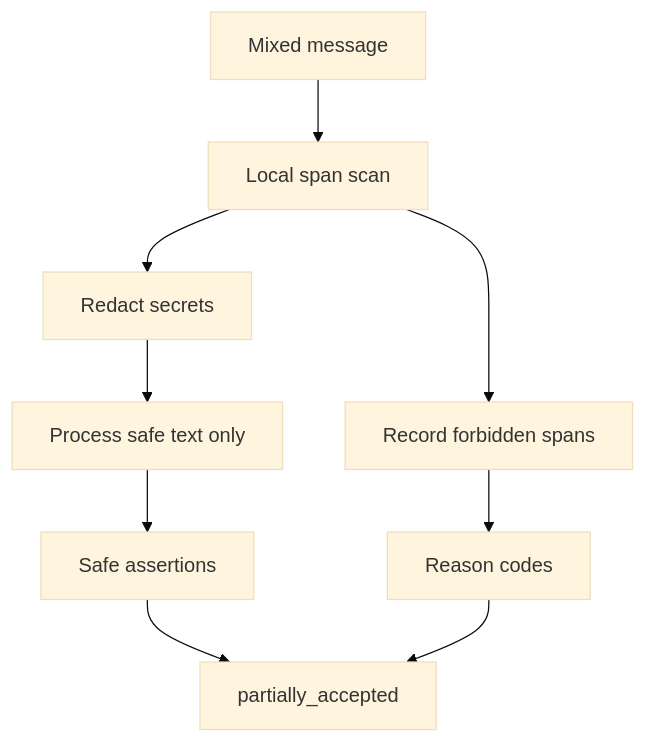
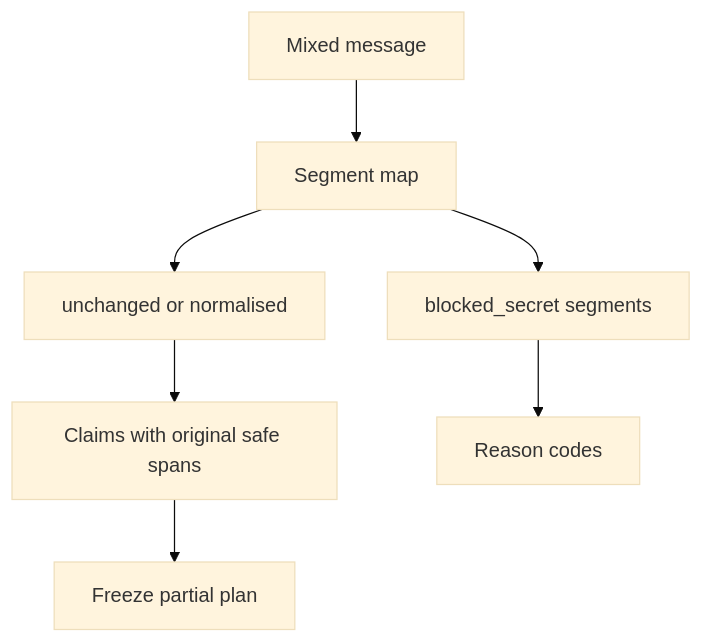
One commit to NicolVii/ContextVault changed the fifth of 12 diagrams in docs/memory-system/10-memory-processing-design.md. Above: the diagram before and after it, drawn with Mermaid (base theme). The commit also changed other lines of this file, not shown here.

First line of the commit message:
docs: correct Stage 10 processing freeze and authority contracts

````diff
--- a/docs/memory-system/10-memory-processing-design.md
+++ b/docs/memory-system/10-memory-processing-design.md
@@ -1582,11 +1211,9 @@
 ```mermaid
 flowchart TD
-  M[Mixed message] --> Scan[Local span scan]
-  Scan --> Red[Redact secrets]
-  Scan --> Block[Record forbidden spans]
-  Red --> Proc[Process safe text only]
-  Proc --> Safe[Safe assertions]
+  M[Mixed message] --> Map[Segment map]
+  Map --> Block[blocked_secret segments]
+  Map --> Safe[unchanged or normalised]
+  Safe --> Claims[Claims with original safe spans]
   Block --> Codes[Reason codes]
-  Safe --> Partial[partially_accepted]
-  Codes --> Partial
+  Claims --> FZ[Freeze partial plan]
 ```
````
